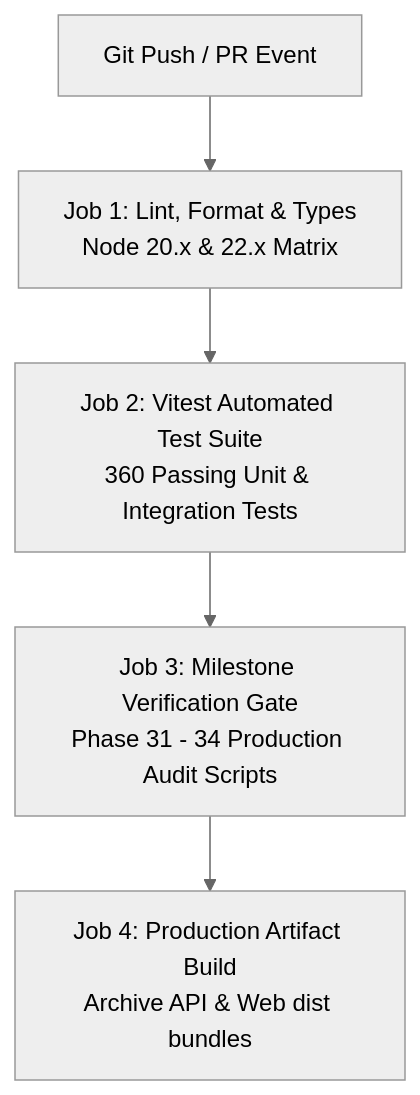
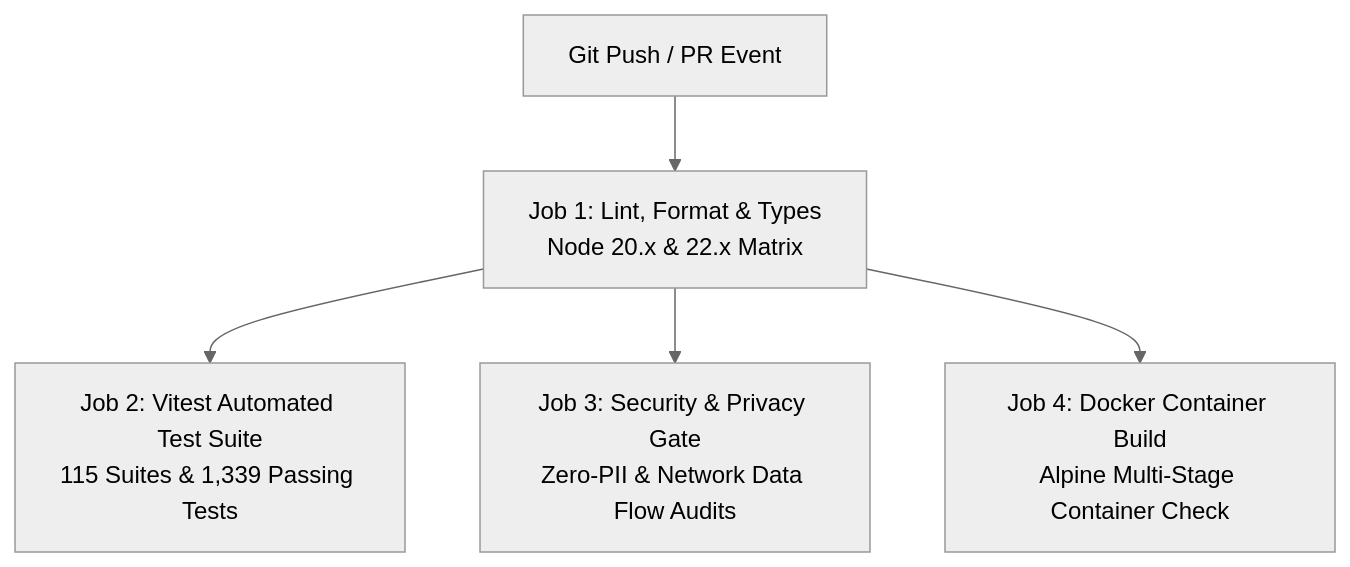
Before and after one commit to Ashish6298/opensearch: the second of 2 diagrams in README.md, drawn with Mermaid (neutral theme). The commit also changed other lines of this file and 26 other files, not shown here.

Commit message:
chore(release): bump version to v1.5.0, add What's New section, and update architecture verification ledger in README

````diff
--- a/README.md
+++ b/README.md
@@ -857,7 +870,7 @@
 ```mermaid
 flowchart TD
     A[Git Push / PR Event] --> B[Job 1: Lint, Format & Types<br/>Node 20.x & 22.x Matrix]
-    B --> C[Job 2: Vitest Automated Test Suite<br/>360 Passing Unit & Integration Tests]
-    C --> D[Job 3: Milestone Verification Gate<br/>Phase 31 - 34 Production Audit Scripts]
-    D --> E[Job 4: Production Artifact Build<br/>Archive API & Web dist bundles]
+    B --> C[Job 2: Vitest Automated Test Suite<br/>115 Suites & 1,339 Passing Tests]
+    B --> D[Job 3: Security & Privacy Gate<br/>Zero-PII & Network Data Flow Audits]
+    B --> E[Job 4: Docker Container Build<br/>Alpine Multi-Stage Container Check]
 ```
````
